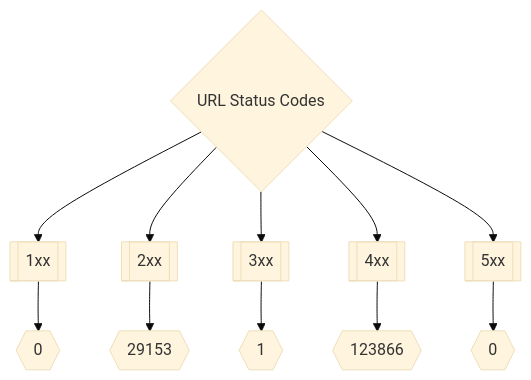
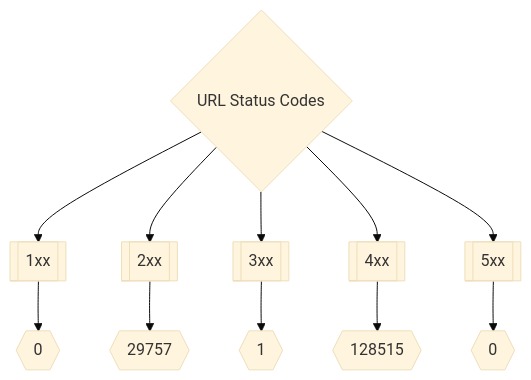
The second of 3 diagrams in README.md (trickest/inventory), drawn with Mermaid (base theme) before and after one commit. The commit also changed other lines of this file, not shown here.

Commit message:
Update Mon Mar 14 19:43:49 UTC 2022

````diff
--- a/README.md
+++ b/README.md
@@ -173,8 +173,8 @@
 ```mermaid
 graph TD
 title{URL Status Codes} --> 1xx[[1xx]] --> status1xxNum{{0}}
-title --> 2xx[[2xx]] --> status2xxNum{{29153}}
+title --> 2xx[[2xx]] --> status2xxNum{{29757}}
 title --> 3xx[[3xx]] --> status3xxNum{{1}}
-title --> 4xx[[4xx]] --> status4xxNum{{123866}}
+title --> 4xx[[4xx]] --> status4xxNum{{128515}}
 title --> 5xx[[5xx]] --> status5xxNum{{0}}
 ```
````
